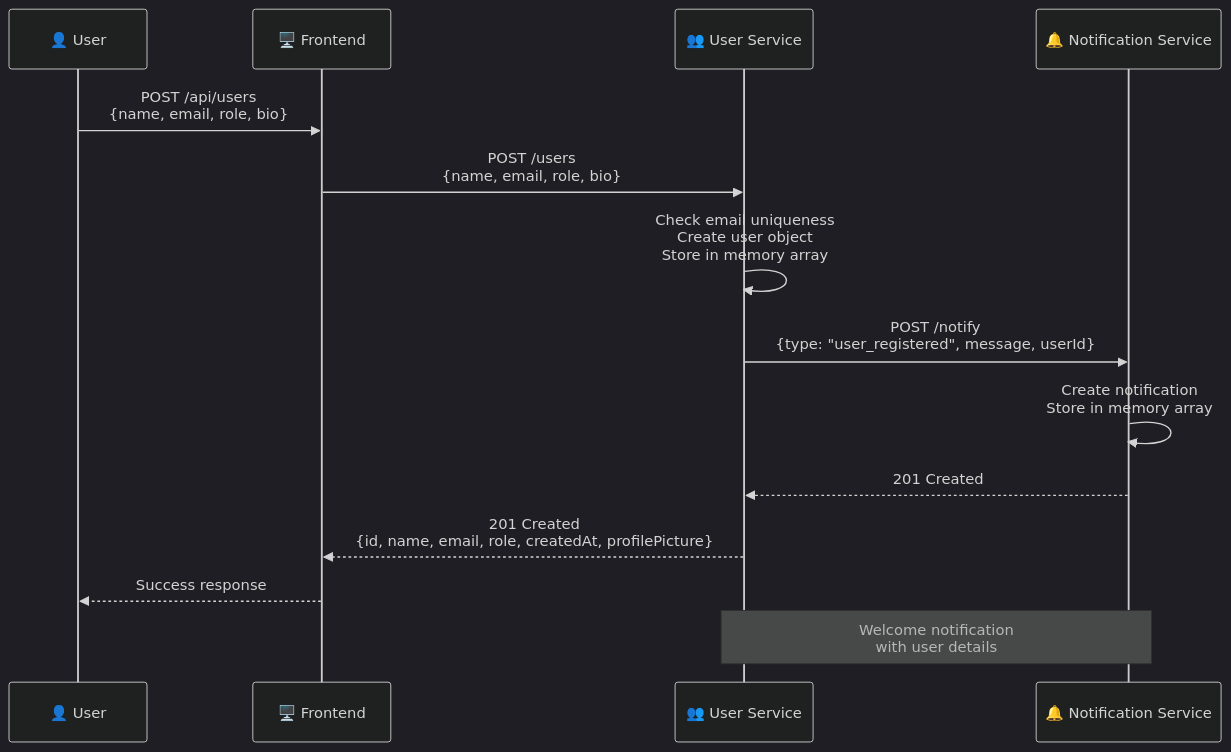
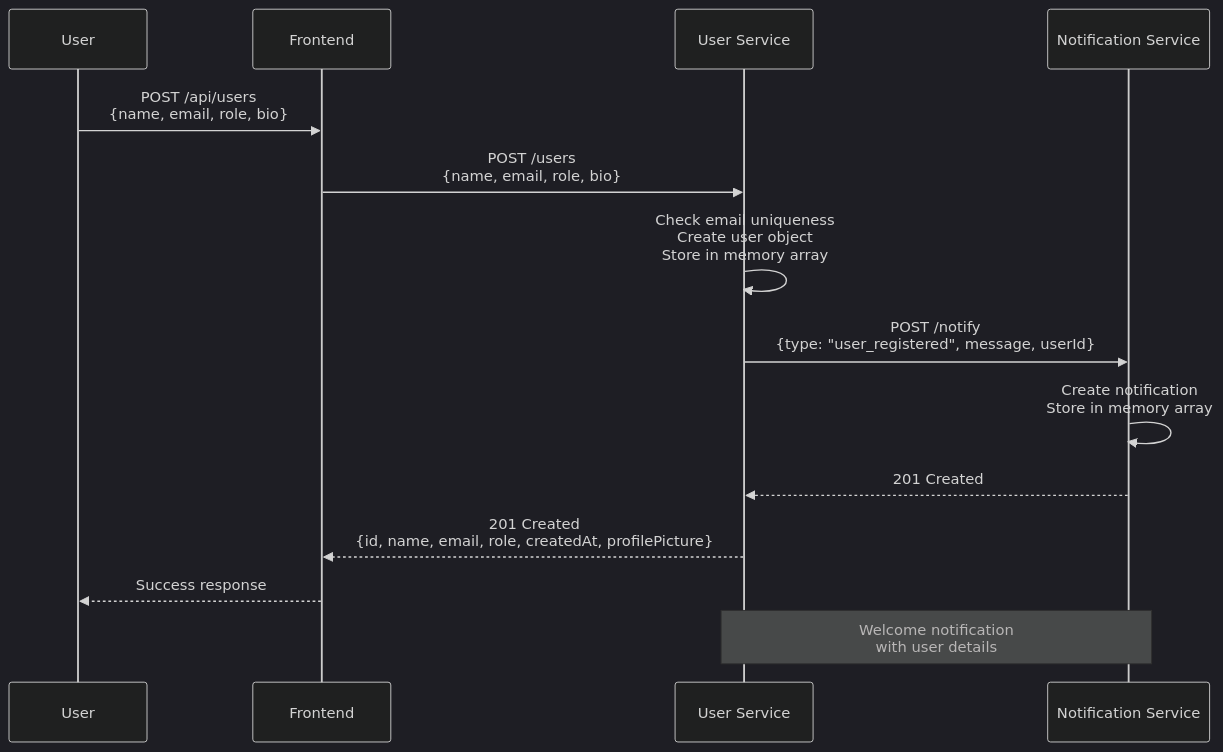
One commit to vvt911/blog-microservices changed the fourth of 9 diagrams in docs/architecture-diagrams.md. Above: the diagram before and after it, drawn with Mermaid (dark theme). The commit also changed other lines of this file, not shown here.

````diff
--- a/docs/architecture-diagrams.md
+++ b/docs/architecture-diagrams.md
@@ -147,18 +147,18 @@
 ```mermaid
 sequenceDiagram
-    participant U as 👤 User
-    participant F as 🖥️ Frontend
-    participant US as 👥 User Service
-    participant N as 🔔 Notification Service
+    participant U as User
+    participant F as Frontend
+    participant US as User Service
+    participant N as Notification Service
     
     U->>F: POST /api/users<br/>{name, email, role, bio}
     F->>US: POST /users<br/>{name, email, role, bio}
     US->>US: Check email uniqueness<br/>Create user object<br/>Store in memory array
     US->>N: POST /notify<br/>{type: "user_registered", message, userId}
     N->>N: Create notification<br/>Store in memory array
     N-->>US: 201 Created
     US-->>F: 201 Created<br/>{id, name, email, role, createdAt, profilePicture}
     F-->>U: Success response
     
     Note over US,N: Welcome notification<br/>with user details
 ```
````
